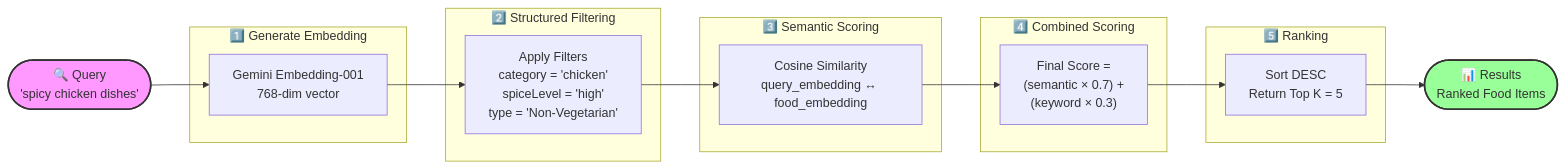
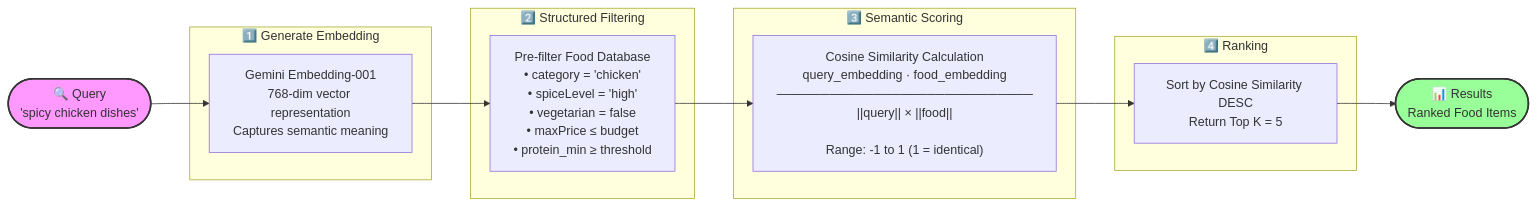
Before and after one commit to aliarslanansari/ai-food-ordering-system: the fifth of 10 diagrams in README.md, drawn with Mermaid. The commit also changed other lines of this file, not shown here.

````diff
--- a/README.md
+++ b/README.md
@@ -211,37 +321,31 @@
 ```mermaid
 flowchart LR
     A(["🔍 Query<br/>'spicy chicken dishes'"]) --> B
     
     subgraph Step1["1️⃣ Generate Embedding"]
-        B["Gemini Embedding-001<br/>768-dim vector"]
+        B["Gemini Embedding-001<br/>768-dim vector representation<br/>Captures semantic meaning"]
     end
     
     B --> C
     
     subgraph Step2["2️⃣ Structured Filtering"]
-        C["Apply Filters<br/>category = 'chicken'<br/>spiceLevel = 'high'<br/>type = 'Non-Vegetarian'"]
+        C["Pre-filter Food Database<br/>• category = 'chicken'<br/>• spiceLevel = 'high'<br/>• vegetarian = false<br/>• maxPrice ≤ budget<br/>• protein_min ≥ threshold"]
     end
     
     C --> D
     
     subgraph Step3["3️⃣ Semantic Scoring"]
-        D["Cosine Similarity<br/>query_embedding ↔ food_embedding"]
+        D["Cosine Similarity Calculation<br/>query_embedding · food_embedding<br/>─────────────────────────────<br/>||query|| × ||food||<br/><br/>Range: -1 to 1 (1 = identical)"]
     end
     
     D --> E
     
-    subgraph Step4["4️⃣ Combined Scoring"]
-        E["Final Score =<br/>(semantic × 0.7) +<br/>(keyword × 0.3)"]
+    subgraph Step4["4️⃣ Ranking"]
+        E["Sort by Cosine Similarity DESC<br/>Return Top K = 5"]
     end
     
-    E --> F
-    
-    subgraph Step5["5️⃣ Ranking"]
-        F["Sort DESC<br/>Return Top K = 5"]
-    end
-    
-    F --> G(["📊 Results<br/>Ranked Food Items"])
+    E --> F(["📊 Results<br/>Ranked Food Items"])
     
     style A fill:#f9f,stroke:#333,stroke-width:2px
-    style G fill:#9f9,stroke:#333,stroke-width:2px
+    style F fill:#9f9,stroke:#333,stroke-width:2px
 ```
````
